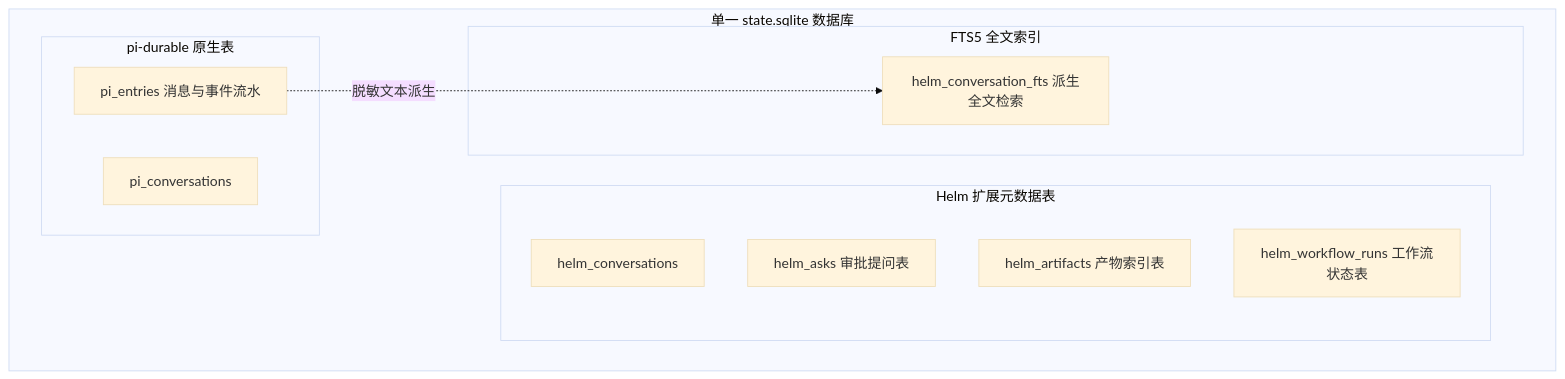
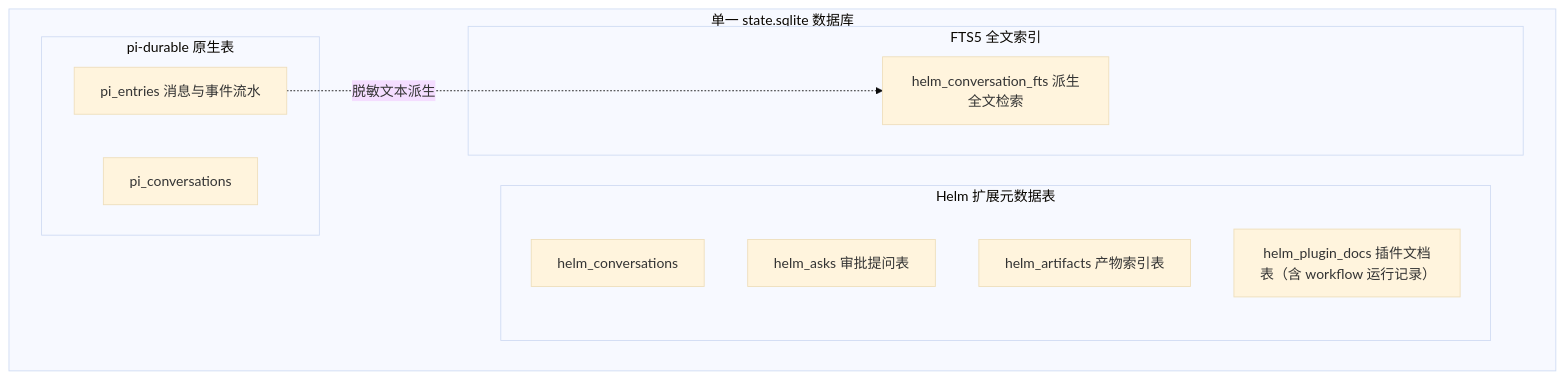
One commit to team4u/helm changed the second of 4 diagrams in docs/architecture/pi-durable.md. Above: the diagram before and after it, drawn with Mermaid (base theme). The commit also changed 14 other files, not shown here.

````diff
--- a/docs/architecture/pi-durable.md
+++ b/docs/architecture/pi-durable.md
@@ -58,22 +58,22 @@
 ```mermaid
 flowchart TD
     subgraph SQLite["单一 state.sqlite 数据库"]
         subgraph Native["pi-durable 原生表"]
             PiConv["pi_conversations"]
             PiEntries["pi_entries 消息与事件流水"]
         end
 
         subgraph Helm["Helm 扩展元数据表"]
             HConv["helm_conversations"]
             HAsks["helm_asks 审批提问表"]
             HArts["helm_artifacts 产物索引表"]
-            HRuns["helm_workflow_runs 工作流状态表"]
+            HDocs["helm_plugin_docs 插件文档表（含 workflow 运行记录）"]
         end
 
         subgraph FTS["FTS5 全文索引"]
             FtsIndex["helm_conversation_fts 派生全文检索"]
         end
     end
 
     PiEntries -.->|脱敏文本派生| FtsIndex
 ```
````
